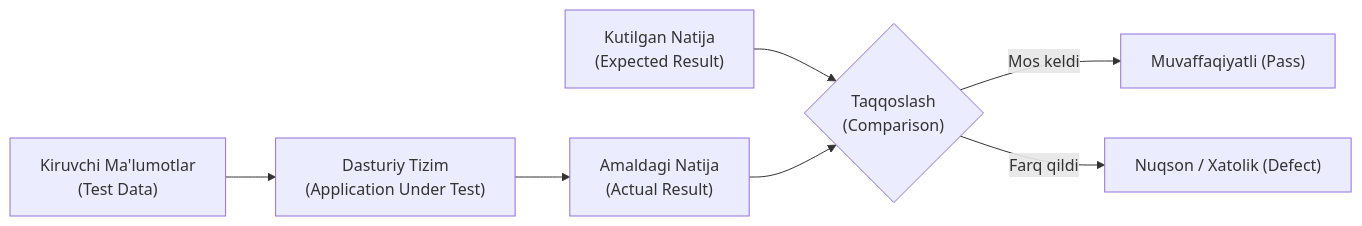
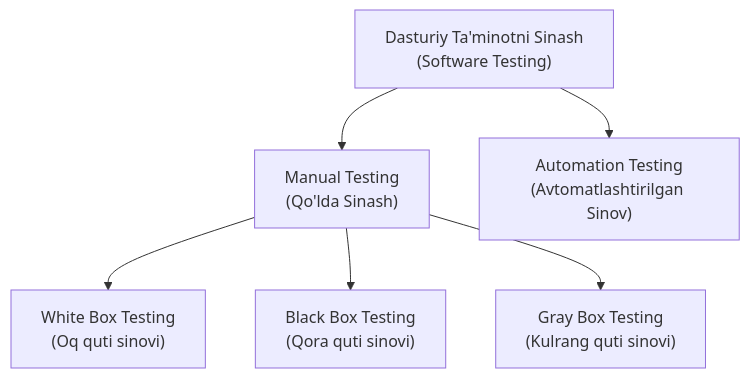
One commit to Ergashov15/qa-uzbekistan changed the diagram in app/docs/software-testing/software-testing-tutorial/page.mdx. Above: the diagram before and after it, drawn with Mermaid. The commit also changed other lines of this file and 3 other files, not shown here.

Commit message:
feat: translate Software Testing Tutorial to Uzbek and update curriculum navigation

````diff
--- a/app/docs/software-testing/software-testing-tutorial/page.mdx
+++ b/app/docs/software-testing/software-testing-tutorial/page.mdx
@@ -17,9 +43,10 @@
 ```mermaid
-flowchart LR
-    Input["Kiruvchi Ma'lumotlar\n(Test Data)"] --> App["Dasturiy Tizim\n(Application Under Test)"]
-    App --> Actual["Amaldagi Natija\n(Actual Result)"]
-    Expected["Kutilgan Natija\n(Expected Result)"] --> Compare{"Taqqoslash\n(Comparison)"}
-    Actual --> Compare
-    Compare -- "Mos keldi" --> Pass["Muvaffaqiyatli (Pass)"]
-    Compare -- "Farq qildi" --> Bug["Nuqson / Xatolik (Defect)"]
+flowchart TD
+    ST["Dasturiy Ta'minotni Sinash\n(Software Testing)"]
+    ST --> MT["Manual Testing\n(Qo'lda Sinash)"]
+    ST --> AT["Automation Testing\n(Avtomatlashtirilgan Sinov)"]
+
+    MT --> WB["White Box Testing\n(Oq quti sinovi)"]
+    MT --> BB["Black Box Testing\n(Qora quti sinovi)"]
+    MT --> GB["Gray Box Testing\n(Kulrang quti sinovi)"]
 ```
````
